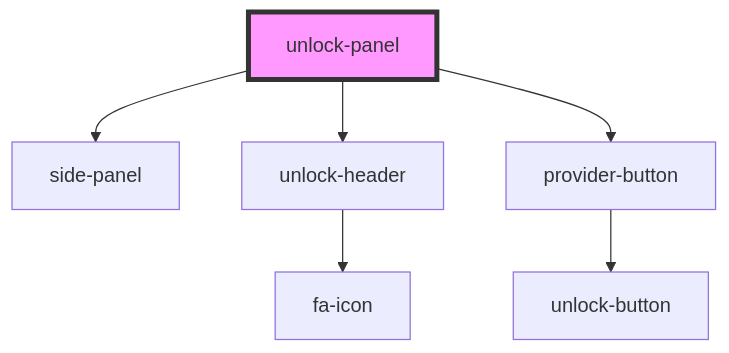
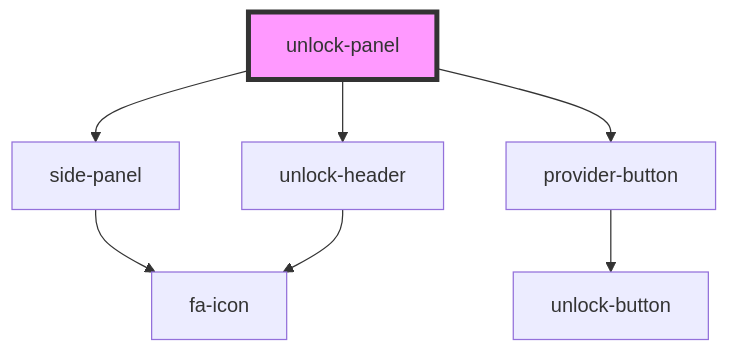
The diagram in src/components/visual/unlock-panel/readme.md (multiversx/mx-sdk-dapp-ui), drawn with Mermaid before and after one commit. The commit also changed 21 other files, not shown here.

````diff
--- a/src/components/visual/unlock-panel/readme.md
+++ b/src/components/visual/unlock-panel/readme.md
@@ -33,9 +33,10 @@
 ```mermaid
 graph TD;
   unlock-panel --> side-panel
   unlock-panel --> unlock-header
   unlock-panel --> provider-button
+  side-panel --> fa-icon
   unlock-header --> fa-icon
   provider-button --> unlock-button
   style unlock-panel fill:#f9f,stroke:#333,stroke-width:4px
 ```
````
